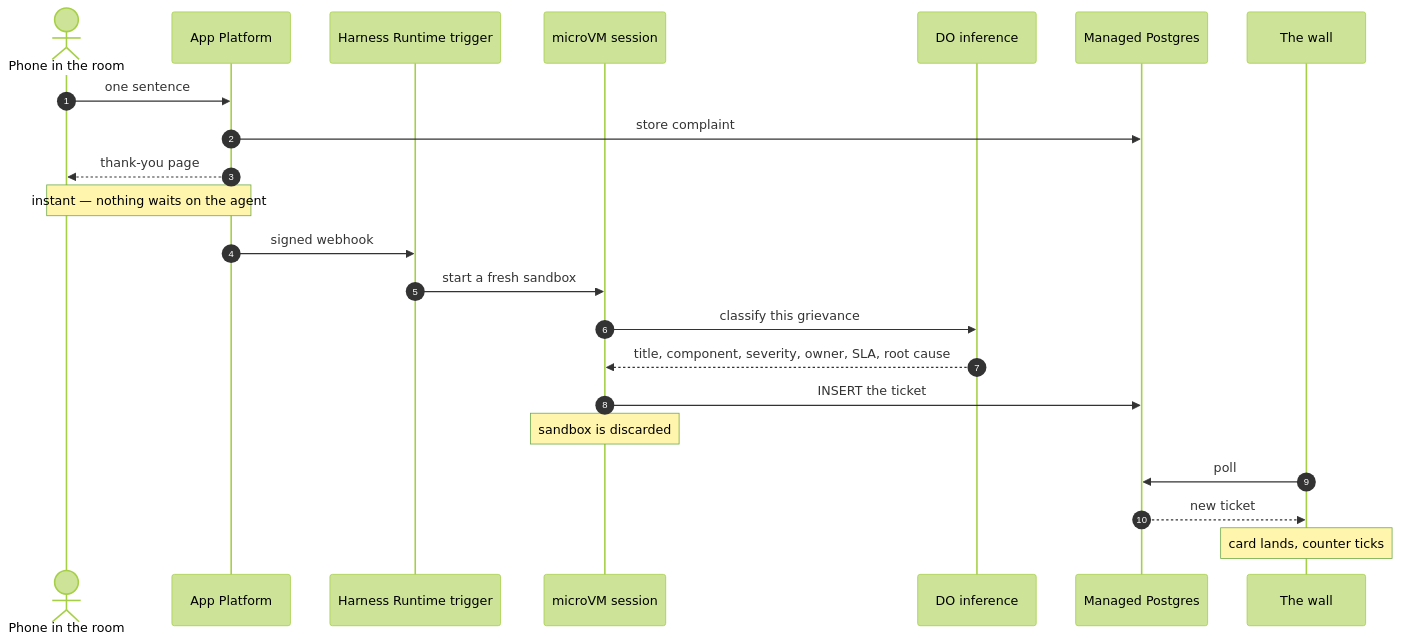
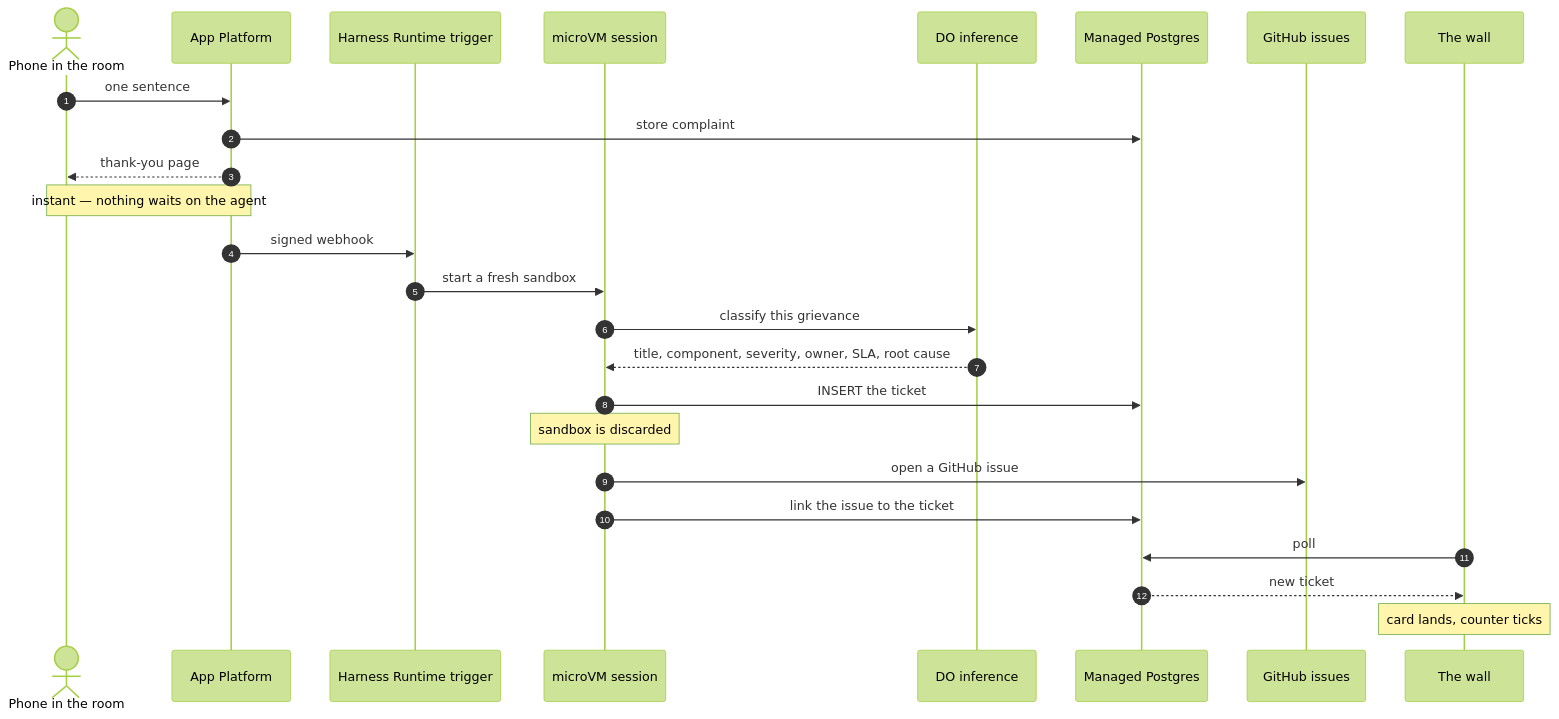
Before and after one commit to hgonzalez-do/facility_issue_demo: the first of 3 diagrams in README.md, drawn with Mermaid (forest theme). The commit also changed other lines of this file and 12 other files, not shown here.

First line of the commit message:
Open a GitHub issue per ticket

````diff
--- a/README.md
+++ b/README.md
@@ -22,27 +22,31 @@
 ```mermaid
 sequenceDiagram
     autonumber
     actor Guest as Phone in the room
     participant App as App Platform
     participant Trig as Harness Runtime trigger
     participant VM as microVM session
     participant Inf as DO inference
     participant PG as Managed Postgres
+    participant GH as GitHub issues
     participant Wall as The wall
 
     Guest->>App: one sentence
     App->>PG: store complaint
     App-->>Guest: thank-you page
     Note over App,Guest: instant — nothing waits on the agent
 
     App->>Trig: signed webhook
     Trig->>VM: start a fresh sandbox
     VM->>Inf: classify this grievance
     Inf-->>VM: title, component, severity, owner, SLA, root cause
     VM->>PG: INSERT the ticket
     Note over VM: sandbox is discarded
 
+    VM->>GH: open a GitHub issue
+    VM->>PG: link the issue to the ticket
+
     Wall->>PG: poll
     PG-->>Wall: new ticket
     Note over Wall: card lands, counter ticks
 ```
````
